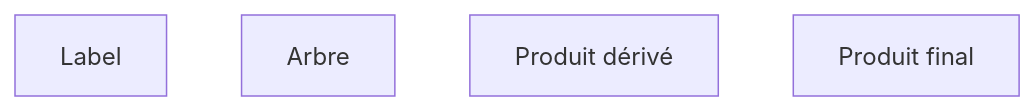
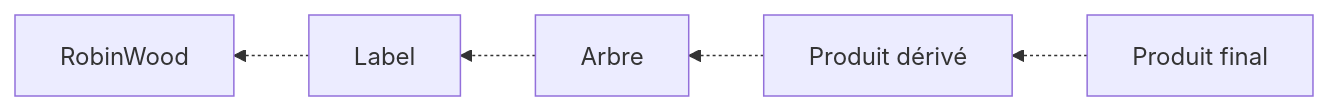
One commit to ncoquelet/RobinWood changed the second of 7 diagrams in backend/docs/contracts_architecture.md. Above: the diagram before and after it, drawn with Mermaid. The commit also changed other lines of this file, not shown here.

Commit message:
wip contracts architecture

````diff
--- a/backend/docs/contracts_architecture.md
+++ b/backend/docs/contracts_architecture.md
@@ -24,9 +24,12 @@
 ```mermaid
-flowchart TB
+flowchart RL
 
+  robin[RobinWood]
   labl[Label]
   arbre[Arbre]
   derive[Produit dérivé]
   produit[Produit final]
 
+  produit -.-> derive -.-> arbre -.-> labl -.-> robin
+
 ```
````
